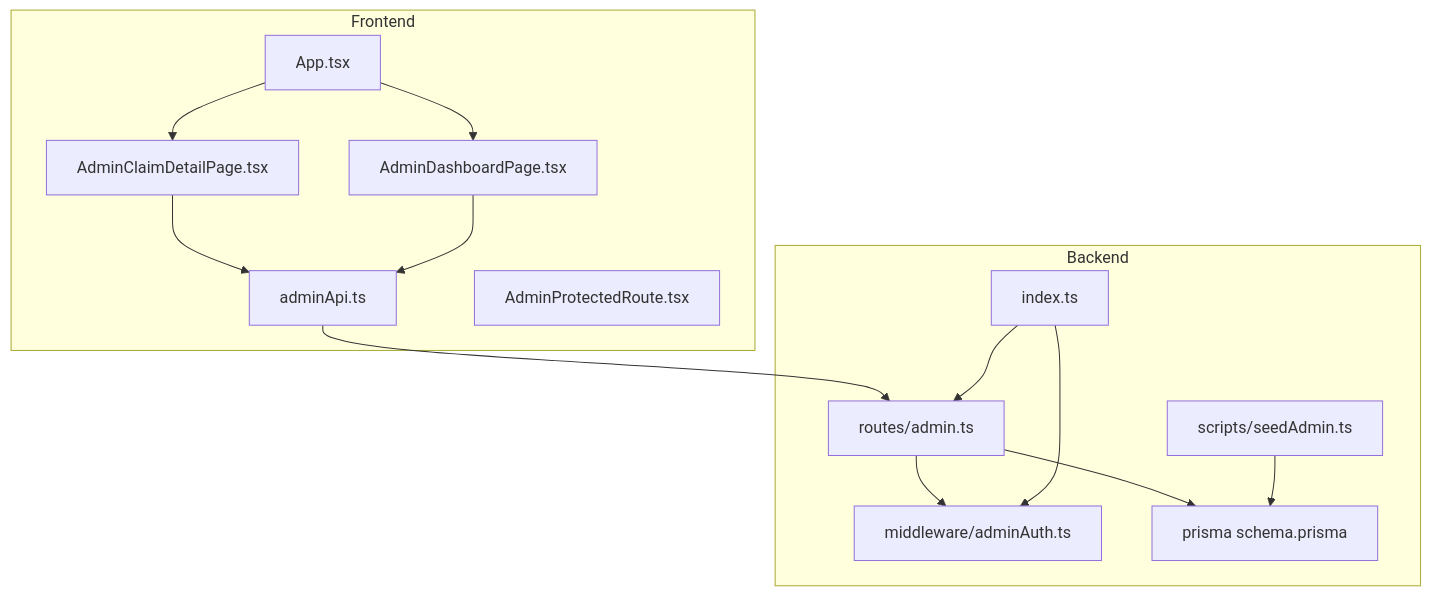
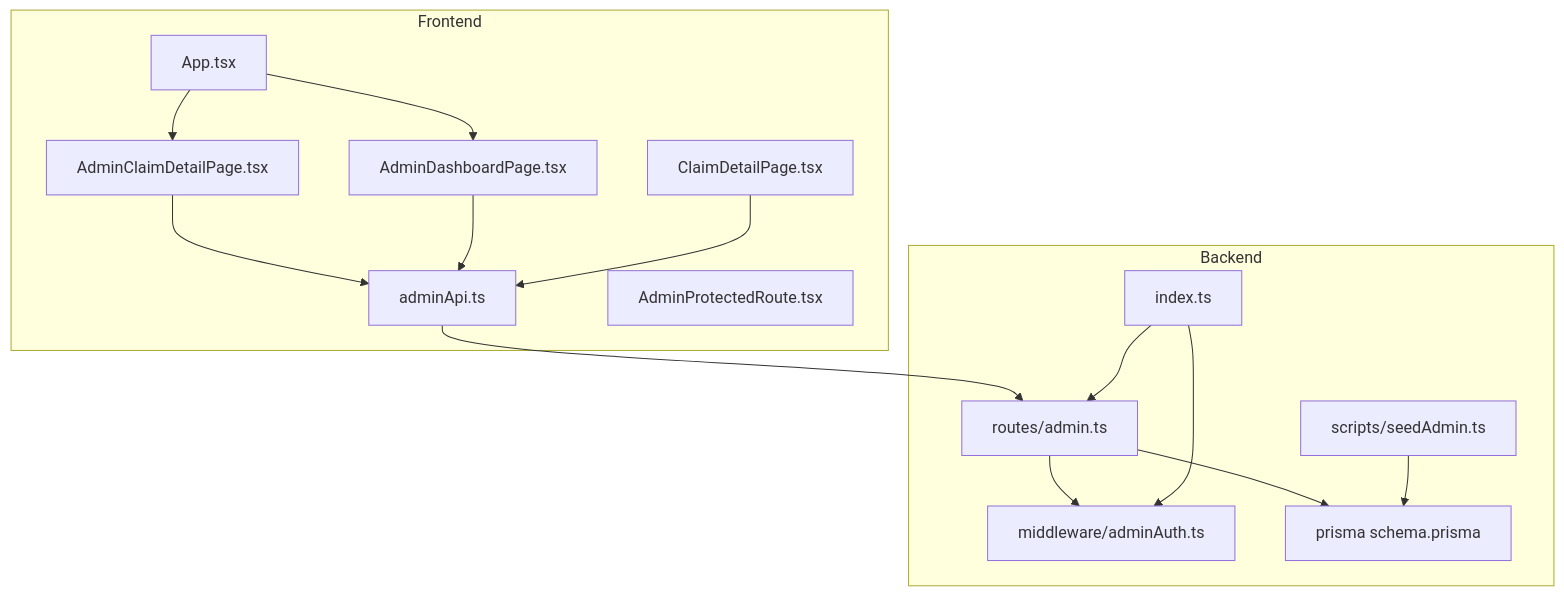
The first of 7 diagrams in .qoder/repowiki/en/content/Frontend Documentation/Pages and Views/Admin Pages/Admin Note System.md (NaveenHiranya/Smart-Vehicle-Insurance-Claim-System), drawn with Mermaid before and after one commit. The commit also changed other lines of this file and 9 other files, not shown here.

````diff
--- a/.qoder/repowiki/en/content/Frontend Documentation/Pages and Views/Admin Pages/Admin Note System.md
+++ b/.qoder/repowiki/en/content/Frontend Documentation/Pages and Views/Admin Pages/Admin Note System.md
@@ -37,27 +44,29 @@
 ```mermaid
 graph TB
 subgraph "Frontend"
 A["App.tsx"]
 B["AdminClaimDetailPage.tsx"]
 C["AdminDashboardPage.tsx"]
 D["adminApi.ts"]
 E["AdminProtectedRoute.tsx"]
+F["ClaimDetailPage.tsx"]
 end
 subgraph "Backend"
-F["index.ts"]
-G["routes/admin.ts"]
-H["middleware/adminAuth.ts"]
-I["prisma schema.prisma"]
-J["scripts/seedAdmin.ts"]
+G["index.ts"]
+H["routes/admin.ts"]
+I["middleware/adminAuth.ts"]
+J["prisma schema.prisma"]
+K["scripts/seedAdmin.ts"]
 end
 A --> B
 A --> C
 B --> D
 C --> D
-D --> G
+D --> H
+H --> I
+H --> J
 G --> H
 G --> I
-F --> G
-F --> H
-J --> I
+K --> J
+F --> D
 ```
````
